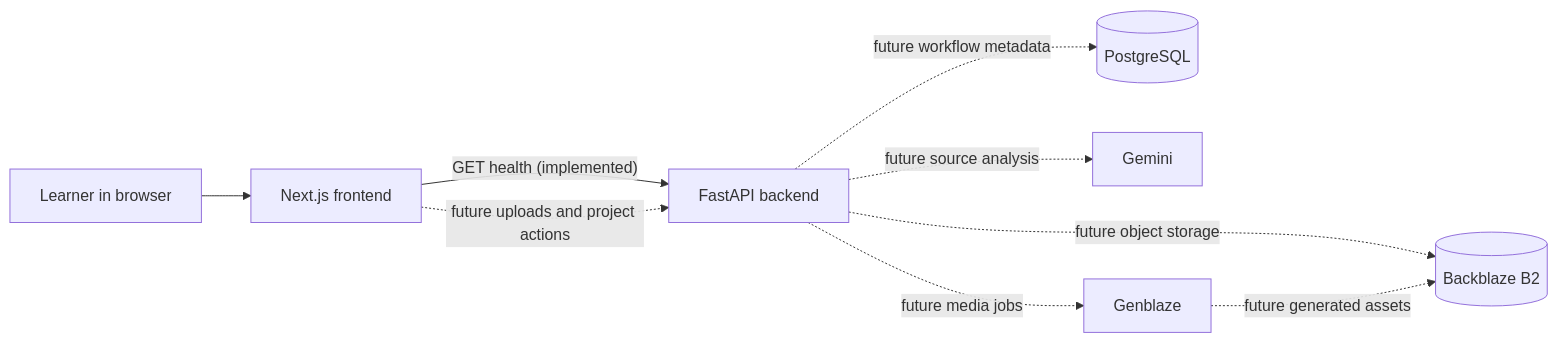
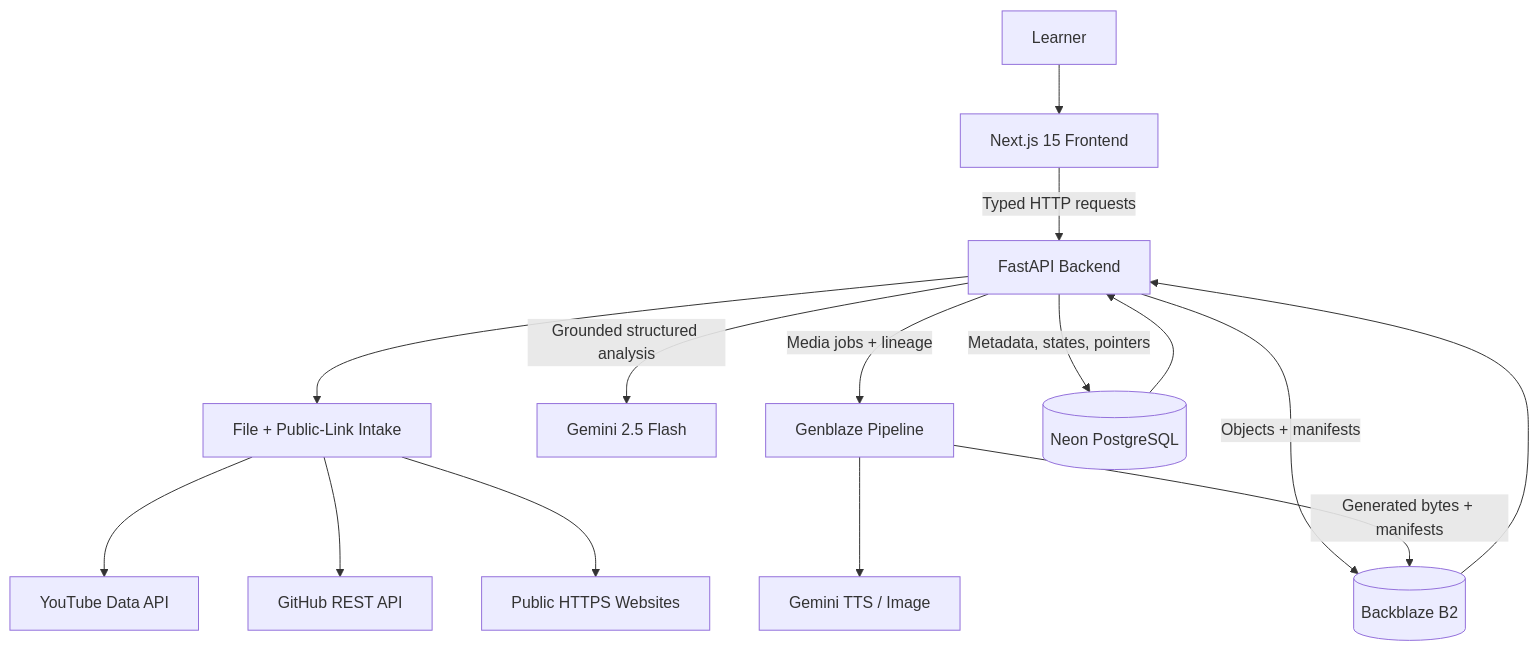
The second of 2 diagrams in README.md (Sharon33A/zerobacklog), drawn with Mermaid before and after one commit. The commit also changed other lines of this file, not shown here.

````diff
--- a/README.md
+++ b/README.md
@@ -112,12 +87,20 @@
 ```mermaid
-flowchart LR
-    learner["Learner in browser"] --> web["Next.js frontend"]
-    web -->|"GET health (implemented)"| api["FastAPI backend"]
-    web -. "future uploads and project actions" .-> api
+flowchart TB
+    learner["Learner"] --> frontend["Next.js 15 Frontend"]
+    frontend -->|"Typed HTTP requests"| api["FastAPI Backend"]
 
-    api -. "future workflow metadata" .-> db[("PostgreSQL")]
-    api -. "future source analysis" .-> gemini["Gemini"]
-    api -. "future media jobs" .-> genblaze["Genblaze"]
-    api -. "future object storage" .-> b2[("Backblaze B2")]
-    genblaze -. "future generated assets" .-> b2
+    api --> intake["File + Public-Link Intake"]
+    intake --> youtube["YouTube Data API"]
+    intake --> github["GitHub REST API"]
+    intake --> web["Public HTTPS Websites"]
+
+    api -->|"Grounded structured analysis"| gemini["Gemini 2.5 Flash"]
+    api -->|"Media jobs + lineage"| genblaze["Genblaze Pipeline"]
+    genblaze --> mediaModels["Gemini TTS / Image"]
+
+    api -->|"Metadata, states, pointers"| neon[("Neon PostgreSQL")]
+    neon --> api
+    api -->|"Objects + manifests"| b2[("Backblaze B2")]
+    b2 --> api
+    genblaze -->|"Generated bytes + manifests"| b2
 ```
````
